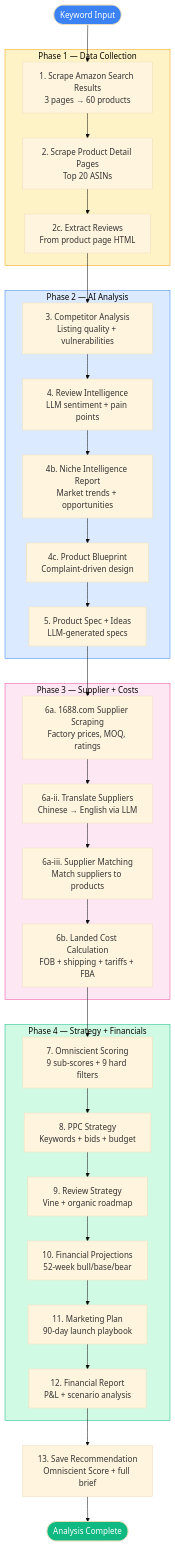
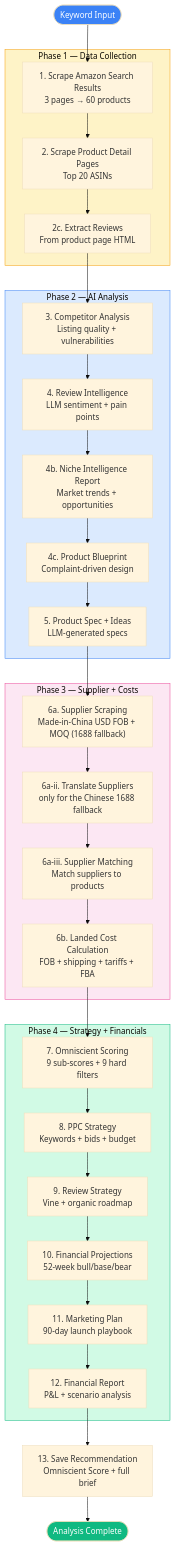
The third of 6 diagrams in README.md (Umair706/amazon-omniscient), drawn with Mermaid (base theme) before and after one commit. The commit also changed other lines of this file and 8 other files, not shown here.

First line of the commit message:
feat(suppliers): scrape Made-in-China as the primary supplier source

````diff
--- a/README.md
+++ b/README.md
@@ -421,48 +422,48 @@
 ```mermaid
 flowchart TD
     START(["Keyword Input"]) --> S1
 
     subgraph Scraping["Phase 1 — Data Collection"]
         S1["1. Scrape Amazon Search Results<br/>3 pages → 60 products"]
         S2["2. Scrape Product Detail Pages<br/>Top 20 ASINs"]
         S2c["2c. Extract Reviews<br/>From product page HTML"]
         S1 --> S2 --> S2c
     end
 
     subgraph Analysis["Phase 2 — AI Analysis"]
         S3["3. Competitor Analysis<br/>Listing quality + vulnerabilities"]
         S4["4. Review Intelligence<br/>LLM sentiment + pain points"]
         S4b["4b. Niche Intelligence Report<br/>Market trends + opportunities"]
         S4c["4c. Product Blueprint<br/>Complaint-driven design"]
         S5["5. Product Spec + Ideas<br/>LLM-generated specs"]
         S2c --> S3 --> S4 --> S4b --> S4c --> S5
     end
 
     subgraph Sourcing["Phase 3 — Supplier + Costs"]
-        S6a["6a. 1688.com Supplier Scraping<br/>Factory prices, MOQ, ratings"]
-        S6aii["6a-ii. Translate Suppliers<br/>Chinese → English via LLM"]
+        S6a["6a. Supplier Scraping<br/>Made-in-China USD FOB + MOQ (1688 fallback)"]
+        S6aii["6a-ii. Translate Suppliers<br/>only for the Chinese 1688 fallback"]
         S6aiii["6a-iii. Supplier Matching<br/>Match suppliers to products"]
         S6b["6b. Landed Cost Calculation<br/>FOB + shipping + tariffs + FBA"]
         S5 --> S6a --> S6aii --> S6aiii --> S6b
     end
 
     subgraph Strategy["Phase 4 — Strategy + Financials"]
         S7["7. Omniscient Scoring<br/>9 sub-scores + 9 hard filters"]
         S8["8. PPC Strategy<br/>Keywords + bids + budget"]
         S9["9. Review Strategy<br/>Vine + organic roadmap"]
         S10["10. Financial Projections<br/>52-week bull/base/bear"]
         S11["11. Marketing Plan<br/>90-day launch playbook"]
         S12["12. Financial Report<br/>P&L + scenario analysis"]
         S6b --> S7 --> S8 --> S9 --> S10 --> S11 --> S12
     end
 
     S12 --> S13["13. Save Recommendation<br/>Omniscient Score + full brief"]
     S13 --> DONE(["Analysis Complete"])
 
     style START fill:#3b82f6,color:#fff
     style DONE fill:#10b981,color:#fff
     style Scraping fill:#fef3c7,stroke:#f59e0b
     style Analysis fill:#dbeafe,stroke:#3b82f6
     style Sourcing fill:#fce7f3,stroke:#ec4899
     style Strategy fill:#d1fae5,stroke:#10b981
 ```
````
